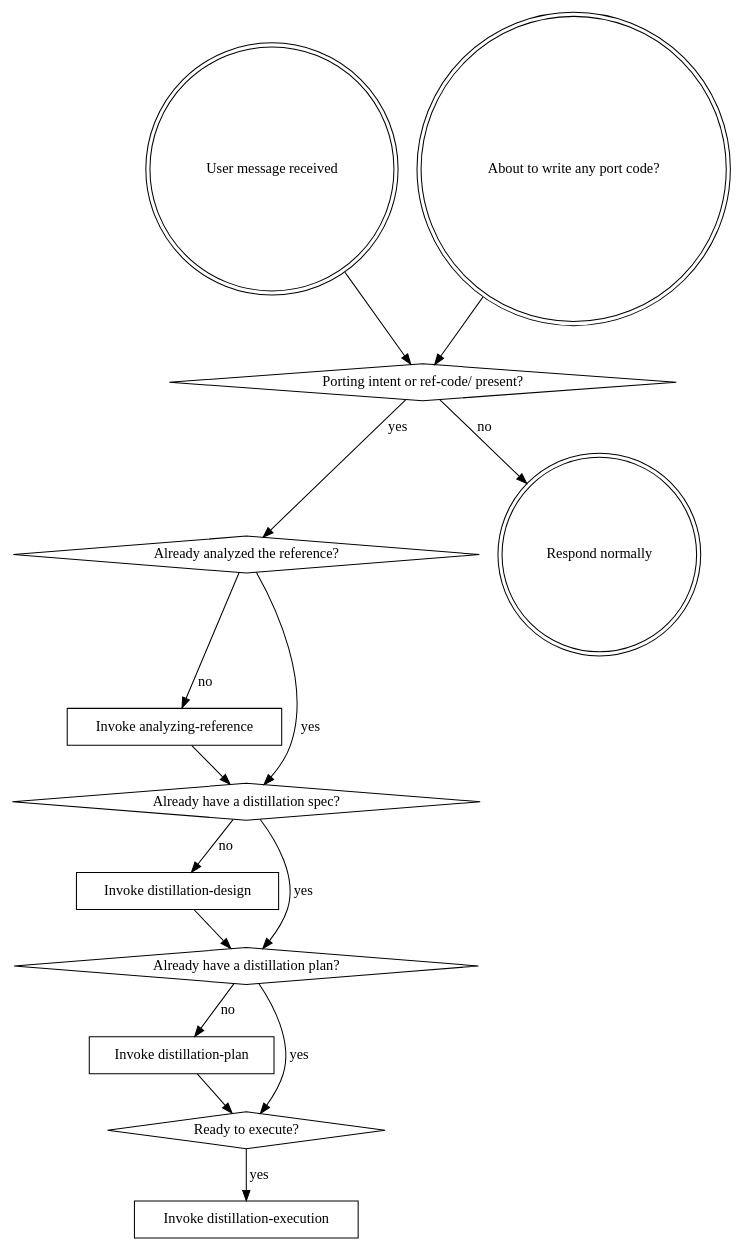
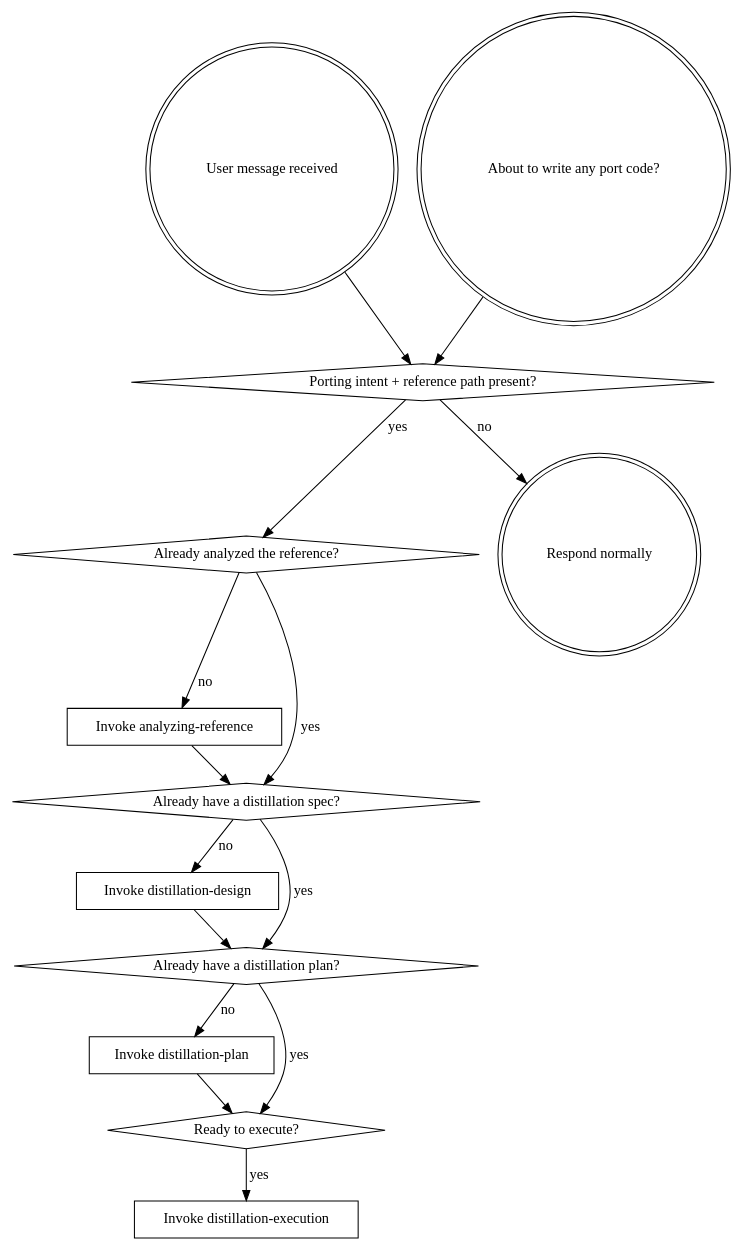
The diagram in skills/using-code-distilling/SKILL.md (duongnghia222/code-distilling), drawn with Graphviz before and after one commit. The commit also changed other lines of this file and 14 other files, not shown here.

Commit message:
Update documentation and prompts to support reference repos at any path on disk

````diff
--- a/skills/using-code-distilling/SKILL.md
+++ b/skills/using-code-distilling/SKILL.md
@@ -62,31 +64,31 @@
 ```dot
 digraph distilling_flow {
     "User message received" [shape=doublecircle];
     "About to write any port code?" [shape=doublecircle];
-    "Porting intent or ref-code/ present?" [shape=diamond];
+    "Porting intent + reference path present?" [shape=diamond];
     "Already analyzed the reference?" [shape=diamond];
     "Invoke analyzing-reference" [shape=box];
     "Already have a distillation spec?" [shape=diamond];
     "Invoke distillation-design" [shape=box];
     "Already have a distillation plan?" [shape=diamond];
     "Invoke distillation-plan" [shape=box];
     "Ready to execute?" [shape=diamond];
     "Invoke distillation-execution" [shape=box];
     "Respond normally" [shape=doublecircle];
 
-    "About to write any port code?" -> "Porting intent or ref-code/ present?";
-    "User message received" -> "Porting intent or ref-code/ present?";
-    "Porting intent or ref-code/ present?" -> "Already analyzed the reference?" [label="yes"];
-    "Porting intent or ref-code/ present?" -> "Respond normally" [label="no"];
+    "About to write any port code?" -> "Porting intent + reference path present?";
+    "User message received" -> "Porting intent + reference path present?";
+    "Porting intent + reference path present?" -> "Already analyzed the reference?" [label="yes"];
+    "Porting intent + reference path present?" -> "Respond normally" [label="no"];
     "Already analyzed the reference?" -> "Invoke analyzing-reference" [label="no"];
     "Already analyzed the reference?" -> "Already have a distillation spec?" [label="yes"];
     "Invoke analyzing-reference" -> "Already have a distillation spec?";
     "Already have a distillation spec?" -> "Invoke distillation-design" [label="no"];
     "Already have a distillation spec?" -> "Already have a distillation plan?" [label="yes"];
     "Invoke distillation-design" -> "Already have a distillation plan?";
     "Already have a distillation plan?" -> "Invoke distillation-plan" [label="no"];
     "Already have a distillation plan?" -> "Ready to execute?" [label="yes"];
     "Invoke distillation-plan" -> "Ready to execute?";
     "Ready to execute?" -> "Invoke distillation-execution" [label="yes"];
 }
 ```
````
